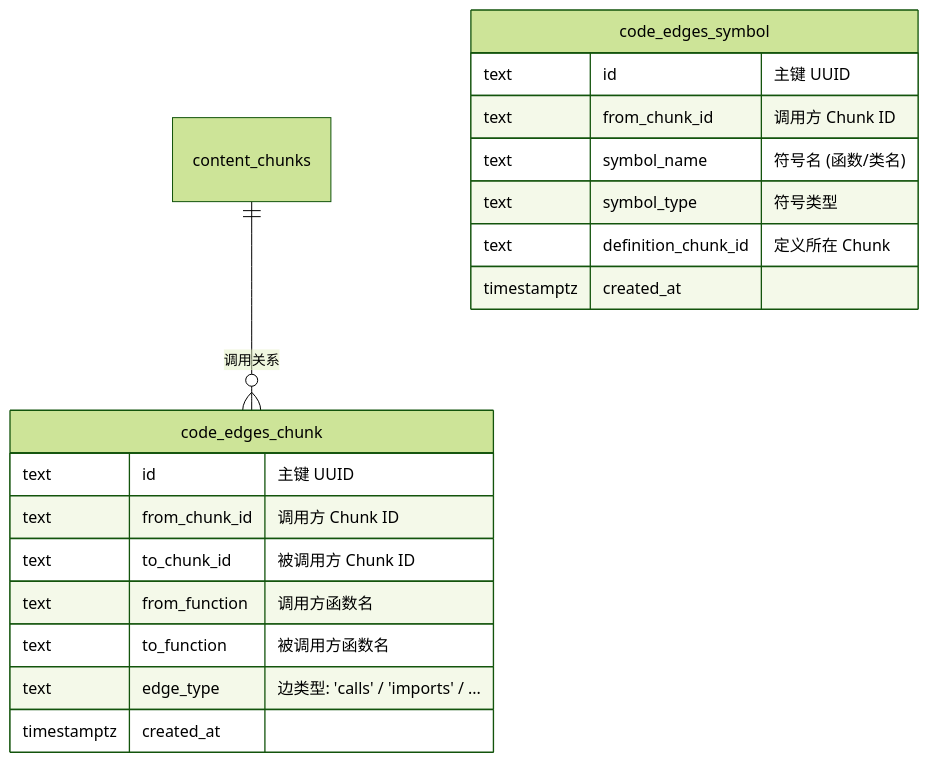
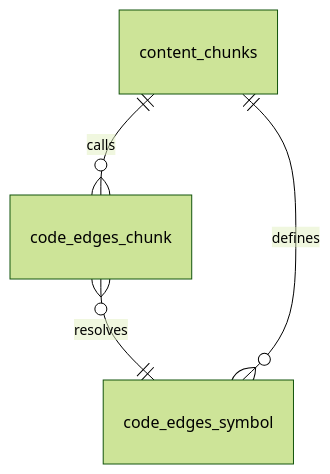
The sixth of 10 diagrams in memory-model.md (pty819/gbrain-book), drawn with Mermaid (forest theme) before and after one commit. The commit also changed other lines of this file and 1 other file, not shown here.

First line of the commit message:
fix: correct mermaid syntax errors

````diff
--- a/memory-model.md
+++ b/memory-model.md
@@ -352,23 +330,6 @@
 ```{mermaid}
 erDiagram
-    content_chunks ||--o{ code_edges_chunk : "调用关系"
-    
-    code_edges_chunk {
-        text id "主键 UUID"
-        text from_chunk_id "调用方 Chunk ID"
-        text to_chunk_id "被调用方 Chunk ID"
-        text from_function "调用方函数名"
-        text to_function "被调用方函数名"
-        text edge_type "边类型: 'calls' / 'imports' / ..."
-        timestamptz created_at
-    }
-    
-    code_edges_symbol {
-        text id "主键 UUID"
-        text from_chunk_id "调用方 Chunk ID"
-        text symbol_name "符号名 (函数/类名)"
-        text symbol_type "符号类型"
-        text definition_chunk_id "定义所在 Chunk"
-        timestamptz created_at
-    }
+    content_chunks ||--o{ code_edges_chunk : "calls"
+    code_edges_chunk }o--|| code_edges_symbol : "resolves"
+    content_chunks ||--o{ code_edges_symbol : "defines"
 ```
````
